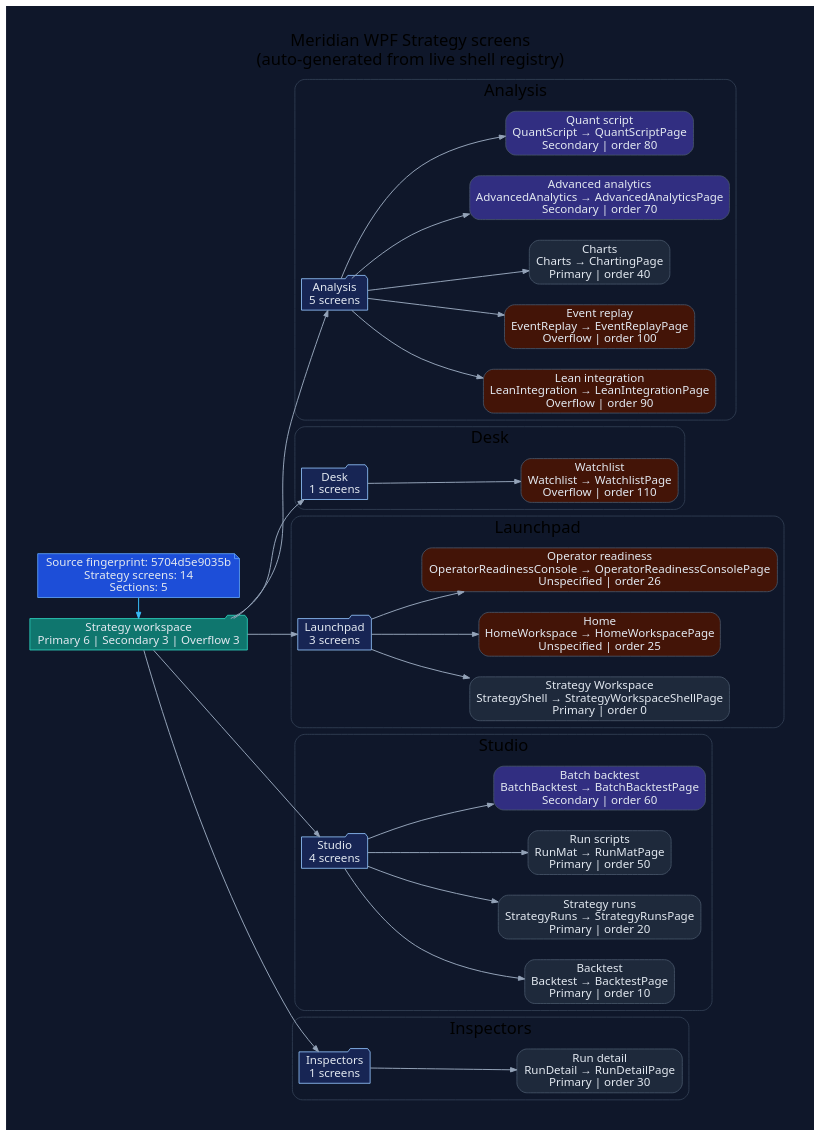
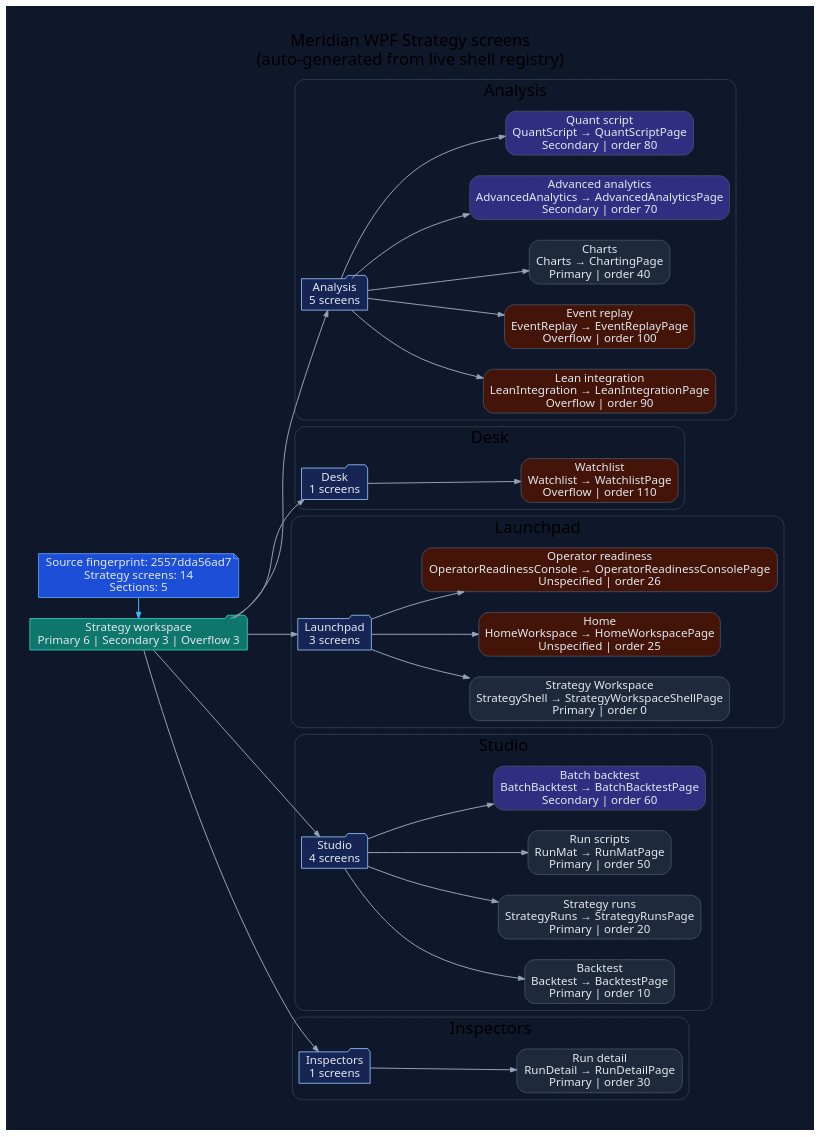
Before and after one commit to rodoHasArrived/Meridian-main: the diagram in docs/diagrams/ui/ui-wpf-screens-strategy.dot, drawn with Graphviz. The commit also changed 45 other files, not shown here.

Commit message:
Regenerate WPF diagrams for tenant startup readiness

```diff
--- a/docs/diagrams/ui/ui-wpf-screens-strategy.dot
+++ b/docs/diagrams/ui/ui-wpf-screens-strategy.dot
@@ -1,94 +1,94 @@
 // -----------------------------------------------------------------------------
 // <auto-generated>
 // Generated by scripts/generate-diagrams.mjs.
 // Do not edit this file directly; update the WPF source files instead.
 // -----------------------------------------------------------------------------
 digraph WpfStrategyScreens {
   graph [
     rankdir=LR,
     labelloc=t,
     label="Meridian WPF Strategy screens\n(auto-generated from live shell registry)",
     fontname="Segoe UI",
     fontsize=20,
     pad=0.4,
     nodesep=0.35,
     ranksep=0.85,
     bgcolor="#0f172a"
   ];
   node [fontname="Segoe UI", shape=box, style="rounded,filled", color="#475569", fontcolor="#e2e8f0", fillcolor="#1e293b"];
   edge [fontname="Segoe UI", color="#94a3b8", penwidth=1.2, arrowsize=0.75];
 
-  generated [shape=note, fillcolor="#1d4ed8", color="#60a5fa", label="Source fingerprint: 5704d5e9035b\nStrategy screens: 14\nSections: 5"];
+  generated [shape=note, fillcolor="#1d4ed8", color="#60a5fa", label="Source fingerprint: 2557dda56ad7\nStrategy screens: 14\nSections: 5"];
   workspace [shape=folder, fillcolor="#0f766e", color="#2dd4bf", label="Strategy workspace\nPrimary 6 | Secondary 3 | Overflow 3"];
   generated -> workspace [color="#38bdf8"];
 
   subgraph cluster_section_1 {
     label="Analysis";
     color="#334155";
     style="rounded";
     section_1 [shape=folder, fillcolor="#172554", color="#93c5fd", label="Analysis\n5 screens"];
     workspace -> section_1;
     screen_LeanIntegration [fillcolor="#431407", label="Lean integration\nLeanIntegration → LeanIntegrationPage\nOverflow | order 90"];
     section_1 -> screen_LeanIntegration;
     screen_EventReplay [fillcolor="#431407", label="Event replay\nEventReplay → EventReplayPage\nOverflow | order 100"];
     section_1 -> screen_EventReplay;
     screen_Charts [fillcolor="#1e293b", label="Charts\nCharts → ChartingPage\nPrimary | order 40"];
     section_1 -> screen_Charts;
     screen_AdvancedAnalytics [fillcolor="#312e81", label="Advanced analytics\nAdvancedAnalytics → AdvancedAnalyticsPage\nSecondary | order 70"];
     section_1 -> screen_AdvancedAnalytics;
     screen_QuantScript [fillcolor="#312e81", label="Quant script\nQuantScript → QuantScriptPage\nSecondary | order 80"];
     section_1 -> screen_QuantScript;
   }
 
   subgraph cluster_section_2 {
     label="Desk";
     color="#334155";
     style="rounded";
     section_2 [shape=folder, fillcolor="#172554", color="#93c5fd", label="Desk\n1 screens"];
     workspace -> section_2;
     screen_Watchlist [fillcolor="#431407", label="Watchlist\nWatchlist → WatchlistPage\nOverflow | order 110"];
     section_2 -> screen_Watchlist;
   }
 
   subgraph cluster_section_3 {
     label="Launchpad";
     color="#334155";
     style="rounded";
     section_3 [shape=folder, fillcolor="#172554", color="#93c5fd", label="Launchpad\n3 screens"];
     workspace -> section_3;
     screen_StrategyShell [fillcolor="#1e293b", label="Strategy Workspace\nStrategyShell → StrategyWorkspaceShellPage\nPrimary | order 0"];
     section_3 -> screen_StrategyShell;
     screen_HomeWorkspace [fillcolor="#431407", label="Home\nHomeWorkspace → HomeWorkspacePage\nUnspecified | order 25"];
     section_3 -> screen_HomeWorkspace;
     screen_OperatorReadinessConsole [fillcolor="#431407", label="Operator readiness\nOperatorReadinessConsole → OperatorReadinessConsolePage\nUnspecified | order 26"];
     section_3 -> screen_OperatorReadinessConsole;
   }
 
   subgraph cluster_section_4 {
     label="Studio";
     color="#334155";
     style="rounded";
     section_4 [shape=folder, fillcolor="#172554", color="#93c5fd", label="Studio\n4 screens"];
     workspace -> section_4;
     screen_Backtest [fillcolor="#1e293b", label="Backtest\nBacktest → BacktestPage\nPrimary | order 10"];
     section_4 -> screen_Backtest;
     screen_StrategyRuns [fillcolor="#1e293b", label="Strategy runs\nStrategyRuns → StrategyRunsPage\nPrimary | order 20"];
     section_4 -> screen_StrategyRuns;
     screen_RunMat [fillcolor="#1e293b", label="Run scripts\nRunMat → RunMatPage\nPrimary | order 50"];
     section_4 -> screen_RunMat;
     screen_BatchBacktest [fillcolor="#312e81", label="Batch backtest\nBatchBacktest → BatchBacktestPage\nSecondary | order 60"];
     section_4 -> screen_BatchBacktest;
   }
 
   subgraph cluster_section_5 {
     label="Inspectors";
     color="#334155";
     style="rounded";
     section_5 [shape=folder, fillcolor="#172554", color="#93c5fd", label="Inspectors\n1 screens"];
     workspace -> section_5;
     screen_RunDetail [fillcolor="#1e293b", label="Run detail\nRunDetail → RunDetailPage\nPrimary | order 30"];
     section_5 -> screen_RunDetail;
   }
 
   { rank=min; generated; workspace; }
 }
```
